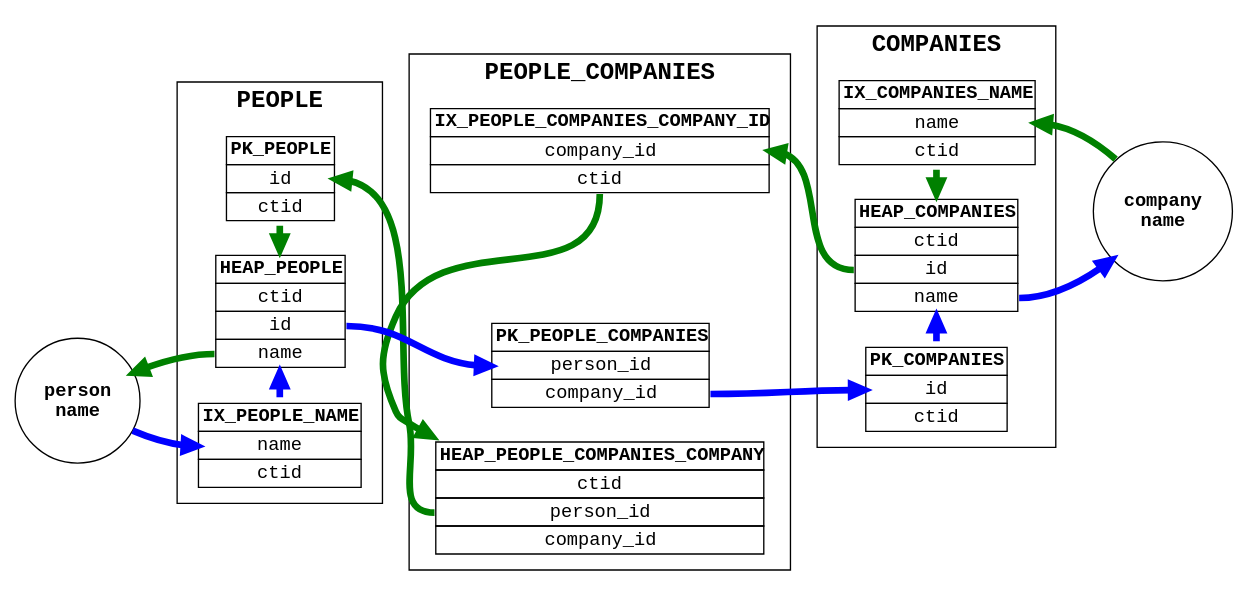
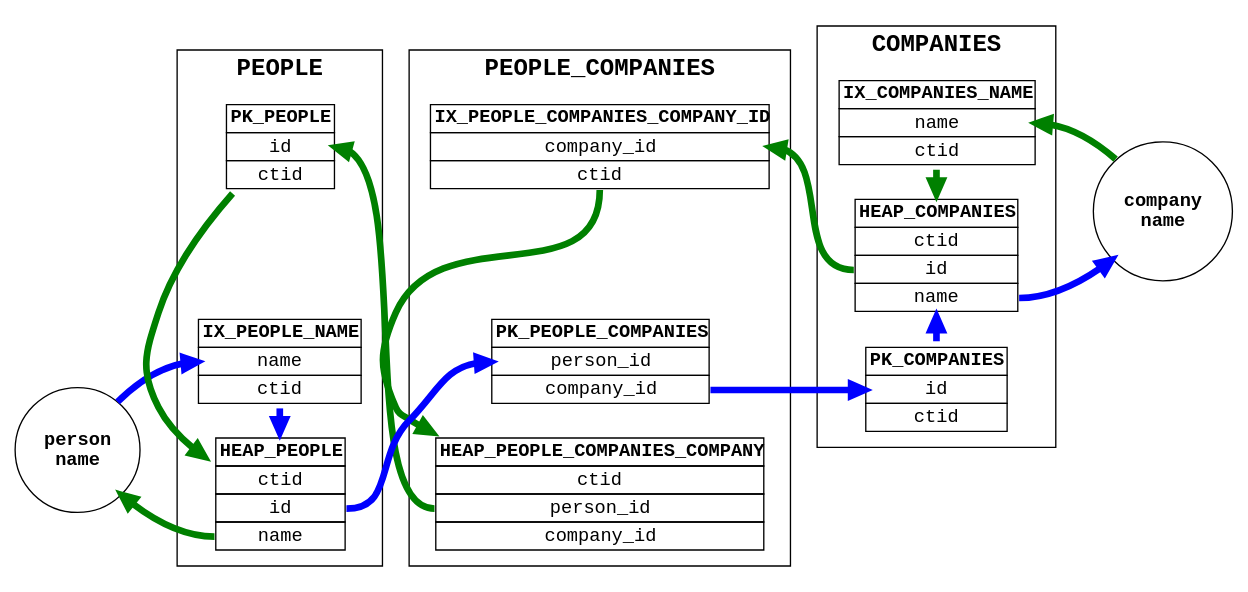
One commit to dangermike/associative_entity_redux changed the diagram in img/pg_nocover.dot. Above: the diagram before and after it, drawn with Graphviz. The commit also changed 9 other files, not shown here.

```diff
--- a/img/pg_nocover.dot
+++ b/img/pg_nocover.dot
@@ -1,100 +1,100 @@
 digraph {
     rankdir=LR
     node [fontname="courier"]
     graph [fontname="courier-bold" fontsize="18"]
     edge [weight=1000 penwidth="5"]
 
     {
         node [fontname="courier-bold" shape="circle"]
         start_p [label="person\nname"]
         start_c [label="company\nname"]
     }
 
     subgraph cluster_pc {
         label="PEOPLE_COMPANIES"
         pk_pc [shape="plaintext" label=<<TABLE BORDER="0" CELLBORDER="1" CELLSPACING="0">
             <TR><TD><B>PK_PEOPLE_COMPANIES</B></TD></TR>
-            <TR><TD port="l">person_id</TD></TR>
-            <TR><TD port="r">company_id</TD></TR>
+            <TR><TD port="pid">person_id</TD></TR>
+            <TR><TD port="cid">company_id</TD></TR>
         </TABLE>>]
         ix_pc [shape="plaintext" label=<<TABLE BORDER="0" CELLBORDER="1" CELLSPACING="0">
             <TR><TD><B>IX_PEOPLE_COMPANIES_COMPANY_ID</B></TD></TR>
-            <TR><TD port="l">company_id</TD></TR>
-            <TR><TD port="r">ctid</TD></TR>
+            <TR><TD port="cid">company_id</TD></TR>
+            <TR><TD port="ctid">ctid</TD></TR>
         </TABLE>>]
         heap_pc [shape="plaintext" label=<<TABLE BORDER="0" CELLBORDER="1" CELLSPACING="0">
             <TR><TD port="t"><B>HEAP_PEOPLE_COMPANIES_COMPANY</B></TD></TR>
-            <TR><TD port="l">ctid</TD></TR>
-            <TR><TD port="r">person_id</TD></TR>
-            <TR><TD port="r">company_id</TD></TR>
+            <TR><TD port="ctid">ctid</TD></TR>
+            <TR><TD port="pid">person_id</TD></TR>
+            <TR><TD port="cid">company_id</TD></TR>
         </TABLE>>]
         { rank=same; pk_pc -> ix_pc [minlen="5" style="invis"] }
-        { rank=same; heap_pc -> ix_pc:r [minlen="1" dir="back" color="green"] }
+        { rank=same; heap_pc -> ix_pc:ctid [minlen="1" dir="back" color="green"] }
     }
 
     subgraph cluster_companies {
         label="COMPANIES"
         pk_companies [shape="plaintext" label=<<TABLE  BORDER="0" CELLBORDER="1" CELLSPACING="0">
             <TR><TD><B>PK_COMPANIES</B></TD></TR>
-            <TR><TD port="l">id</TD></TR>
-            <TR><TD port="r">ctid</TD></TR>
+            <TR><TD port="cid">id</TD></TR>
+            <TR><TD port="ctid">ctid</TD></TR>
         </TABLE>>]
         ix_companies [shape="plaintext" label=<<TABLE  BORDER="0" CELLBORDER="1" CELLSPACING="0">
             <TR><TD><B>IX_COMPANIES_NAME</B></TD></TR>
-            <TR><TD port="r">name</TD></TR>
-            <TR><TD port="l">ctid</TD></TR>
+            <TR><TD port="name">name</TD></TR>
+            <TR><TD port="ctid">ctid</TD></TR>
         </TABLE>>]
         heap_companies [shape="plaintext" label=<<TABLE  BORDER="0" CELLBORDER="1" CELLSPACING="0">
             <TR><TD><B>HEAP_COMPANIES</B></TD></TR>
-            <TR><TD port="t">ctid</TD></TR>
-            <TR><TD port="l">id</TD></TR>
-            <TR><TD port="r">name</TD></TR>
+            <TR><TD port="ctid">ctid</TD></TR>
+            <TR><TD port="cid">id</TD></TR>
+            <TR><TD port="name">name</TD></TR>
         </TABLE>>]
 
         { rank=same; pk_companies -> ix_companies [minlen="5" style="invis"] }
         { rank=same; pk_companies -> heap_companies [color="blue"] }
         { rank=same; ix_companies -> heap_companies [color="green" constraint="false"] }
     }
 
     subgraph cluster_people {
         label="PEOPLE"
         pk_people [shape="plaintext" label=<<TABLE  BORDER="0" CELLBORDER="1" CELLSPACING="0">
             <TR><TD><B>PK_PEOPLE</B></TD></TR>
-            <TR><TD port="l">id</TD></TR>
-            <TR><TD port="r">ctid</TD></TR>
+            <TR><TD port="pid">id</TD></TR>
+            <TR><TD port="ctid">ctid</TD></TR>
         </TABLE>>]
         ix_people [shape="plaintext" label=<<TABLE  BORDER="0" CELLBORDER="1" CELLSPACING="0">
             <TR><TD><B>IX_PEOPLE_NAME</B></TD></TR>
-            <TR><TD port="r">name</TD></TR>
-            <TR><TD port="l">ctid</TD></TR>
+            <TR><TD port="name">name</TD></TR>
+            <TR><TD port="ctid">ctid</TD></TR>
         </TABLE>>]
         heap_people [shape="plaintext" label=<<TABLE  BORDER="0" CELLBORDER="1" CELLSPACING="0">
             <TR><TD><B>HEAP_PEOPLE</B></TD></TR>
-            <TR><TD port="t">ctid</TD></TR>
-            <TR><TD port="l">id</TD></TR>
-            <TR><TD port="r">name</TD></TR>
+            <TR><TD port="ctid">ctid</TD></TR>
+            <TR><TD port="pid">id</TD></TR>
+            <TR><TD port="name">name</TD></TR>
         </TABLE>>]
         { rank=same; ix_people -> pk_people [minlen=5 style="invis"] }
         { rank=same; ix_people -> heap_people [minlen=1 color="blue"] }
         { rank=same; pk_people -> heap_people [minlen=1 color="green" constraint="false"] }
     }
 
     {
         edge [color="blue"]
-        start_p -> ix_people:r
-        ix_people:r -> pk_pc:l [style="invis"]
-        heap_people:l -> pk_pc:l
-        pk_pc:r -> pk_companies:l
-        heap_companies:r -> start_c
+        start_p -> ix_people:name
+        ix_people -> pk_pc [style="invis"]
+        heap_people:pid -> pk_pc:pid
+        pk_pc:cid -> pk_companies:cid
+        heap_companies:name -> start_c
     }
 
     {
         edge [dir="back" color="green"]
-        ix_companies:r -> start_c
-        ix_pc:l -> ix_companies:l [style="invis"]
-        ix_pc:l -> heap_companies:l
-        pk_people:l -> ix_pc:r  [style="invis"]
-        pk_people:l -> heap_pc:r [constraint="false"]
-        start_p -> heap_people:r
+        ix_companies:name -> start_c
+        ix_pc -> ix_companies [style="invis"]
+        ix_pc:cid -> heap_companies:cid
+        pk_people -> ix_pc  [style="invis"]
+        pk_people:pid -> heap_pc:pid [constraint="false"]
+        start_p -> heap_people:name
     }
 }
```
